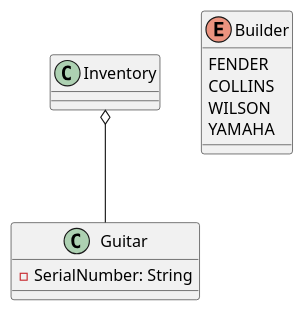
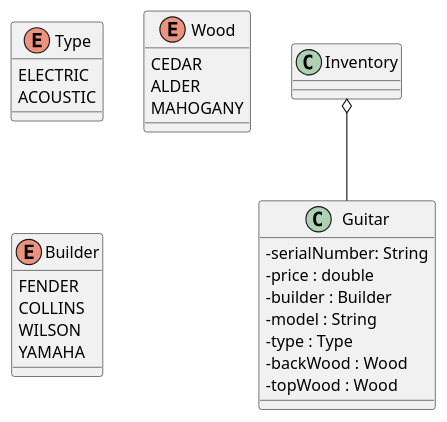
Before and after one commit to adhl-0216/MTU-OODA: the diagram in src/Week3/Revised/ClassDiag.puml, drawn with PlantUML. The commit also changed 8 other files, not shown here.

```diff
--- a/src/Week3/Revised/ClassDiag.puml
+++ b/src/Week3/Revised/ClassDiag.puml
@@ -1,22 +1,39 @@
 @startuml
 'https://plantuml.com/class-diagram
 
-
-
-
+skinparam classAttributeIconSize 0
 
 class Guitar {
-- SerialNumber: String
+- serialNumber: String
+- price : double
+- builder : Builder
+- model : String
+- type : Type
+- backWood : Wood
+- topWood : Wood
+
 
 }
 Class Inventory{
 }
 Inventory o-- Guitar
+
+enum Type{
+    ELECTRIC
+    ACOUSTIC
+}
+
+enum Wood{
+    CEDAR
+    ALDER
+    MAHOGANY
+}
+
 enum Builder{
-FENDER
-COLLINS
-WILSON
-YAMAHA
+    FENDER
+    COLLINS
+    WILSON
+    YAMAHA
 }
 
 @enduml
```
